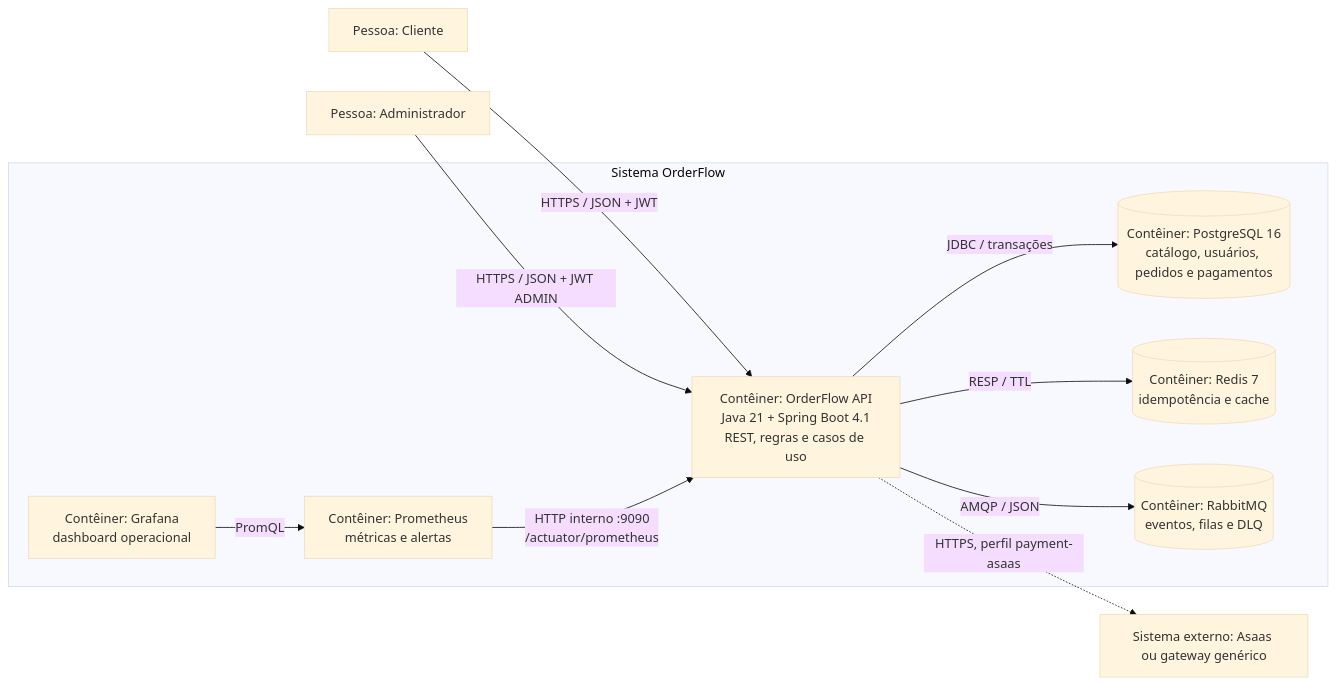
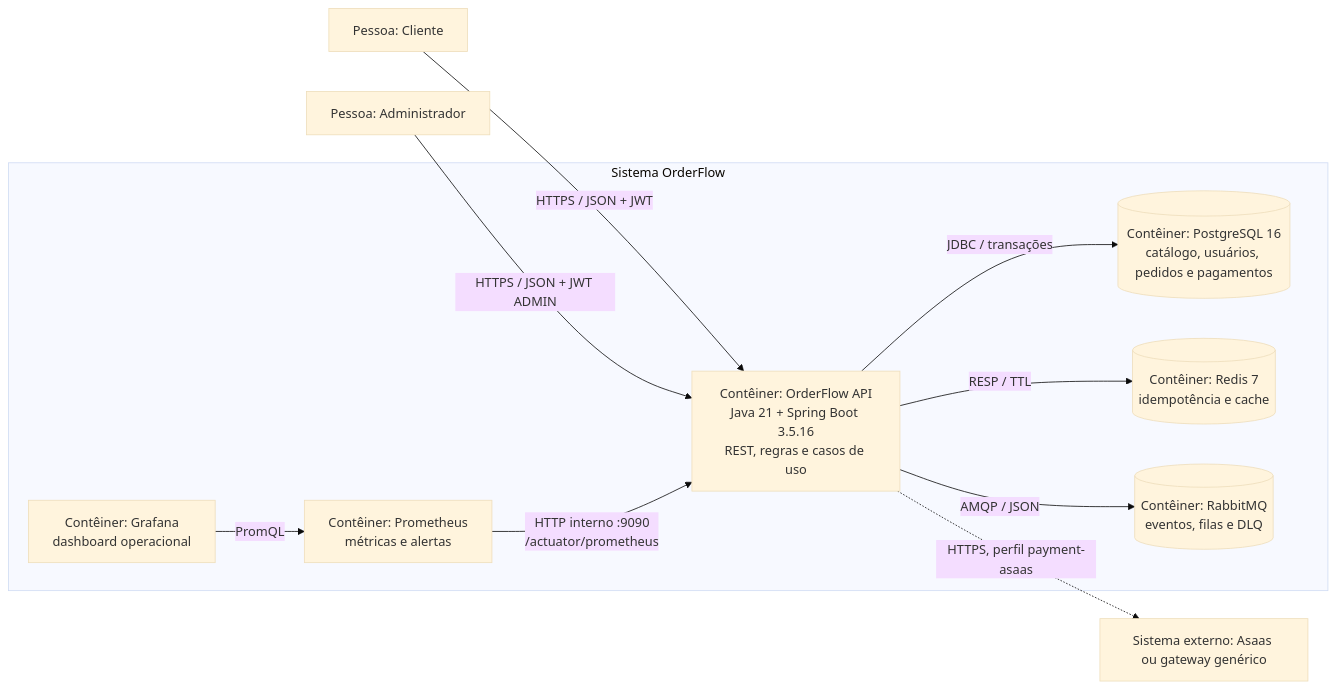
Before and after one commit to OliveiratheDev/order-flow: the diagram in README.md, drawn with Mermaid (base theme). The commit also changed other lines of this file and 25 other files, not shown here.

Commit message:
fix: compatibiliza aplicação com Spring Boot 3.5

````diff
--- a/README.md
+++ b/README.md
@@ -60,24 +60,24 @@
 ```mermaid
 flowchart LR
     customer["Pessoa: Cliente"]
     admin["Pessoa: Administrador"]
     gateway["Sistema externo: Asaas ou gateway genérico"]
 
     subgraph boundary["Sistema OrderFlow"]
-        api["Contêiner: OrderFlow API<br/>Java 21 + Spring Boot 4.1<br/>REST, regras e casos de uso"]
+        api["Contêiner: OrderFlow API<br/>Java 21 + Spring Boot 3.5.16<br/>REST, regras e casos de uso"]
         postgres[("Contêiner: PostgreSQL 16<br/>catálogo, usuários, pedidos e pagamentos")]
         redis[("Contêiner: Redis 7<br/>idempotência e cache")]
         rabbit[("Contêiner: RabbitMQ<br/>eventos, filas e DLQ")]
         prometheus["Contêiner: Prometheus<br/>métricas e alertas"]
         grafana["Contêiner: Grafana<br/>dashboard operacional"]
     end
 
     customer -->|"HTTPS / JSON + JWT"| api
     admin -->|"HTTPS / JSON + JWT ADMIN"| api
     api -->|"JDBC / transações"| postgres
     api -->|"RESP / TTL"| redis
     api -->|"AMQP / JSON"| rabbit
     prometheus -->|"HTTP interno :9090<br/>/actuator/prometheus"| api
     grafana -->|"PromQL"| prometheus
     api -.->|"HTTPS, perfil payment-asaas"| gateway
 ```
````
